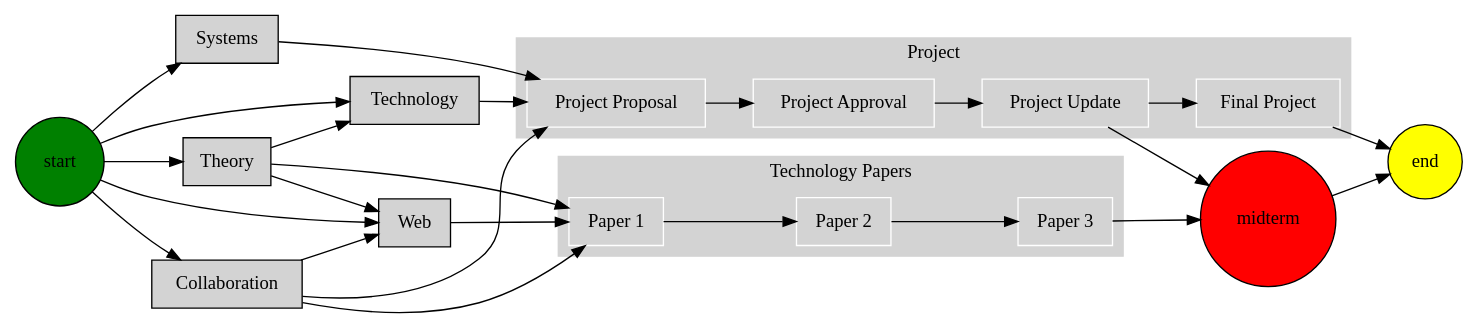
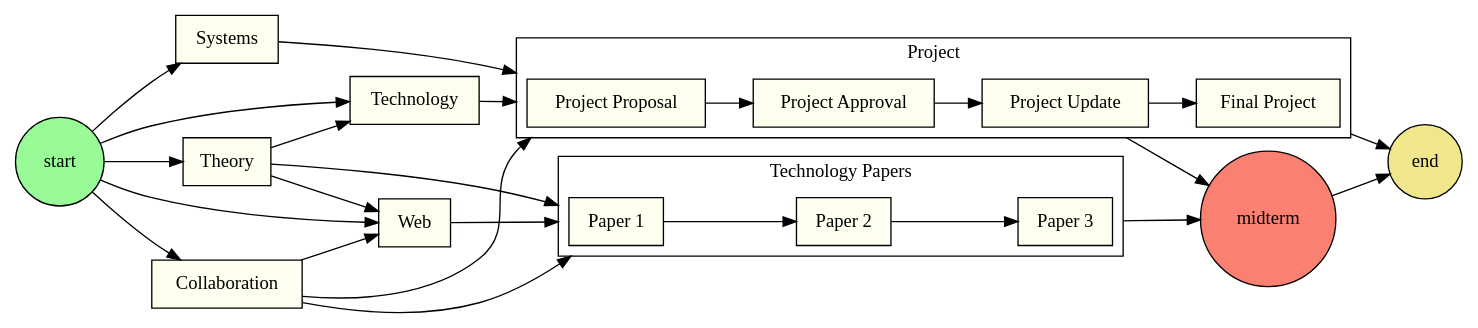
Before and after one commit to cloudmesh/classes: the diagram in docs/source/i524/index.rst, drawn with Graphviz.

Commit message:
chg:dev: tweak graphviz colors and edges

```diff
--- a/docs/source/i524/index.rst
+++ b/docs/source/i524/index.rst
@@ -16,46 +16,41 @@
 .. graphviz::
 
    digraph class {
       rankdir="LR";
+      compound=true;
       node [shape=box,
             style=filled,
-            fillcolor=lightgrey];
+            fillcolor=ivory];
 
-      subgraph cluster_0 {
-		style=filled;
-		color=lightgrey;
-		node [style=filled,color=white];
+      subgraph cluster_prj {
 		"Project Proposal" -> "Project Approval" -> "Project Update" -> "Final Project";
 		label = "Project";
 	}
 
-      subgraph cluster_1 {
-		style=filled;
-		color=lightgrey;
-		node [style=filled,color=white];
+      subgraph cluster_ppr {
 		"Paper 1" -> "Paper 2" -> "Paper 3";
 		label = "Technology Papers";
 	}
 
 	
-      "start" [shape=circle,fillcolor=green];
-      "end" [shape=circle,fillcolor=yellow];
-      "midterm" [shape=circle,fillcolor=red];      
+      "start" [shape=circle,fillcolor=palegreen];
+      "end" [shape=circle,fillcolor=khaki];
+      "midterm" [shape=circle,fillcolor=salmon];
       
       "start" -> "Technology";
       "start" -> "Collaboration";
       "start" -> "Systems";
       "start" -> "Theory";
-      "start" -> "Web" -> "Paper 1"
-      "Paper 3" -> "midterm"
+      "start" -> "Web" -> "Paper 1" [lhead=cluster_ppr];
+      "Paper 3" -> "midterm" [ltail=cluster_ppr];
       "midterm" -> "end";
-      "Theory" -> "Technology" -> "Project Proposal";
-      "Collaboration" -> "Project Proposal";
-      "Collaboration" -> "Paper 1";
+      "Theory" -> "Technology" -> "Project Proposal" [lhead=cluster_prj];
+      "Collaboration" -> "Project Proposal" [lhead=cluster_prj];
+      "Collaboration" -> "Paper 1" [lhead=cluster_ppr];
       "Collaboration" -> "Web";
-      "Systems" -> "Project Proposal";
+      "Systems" -> "Project Proposal" [lhead=cluster_prj];
       "Theory" -> "Web";
-      "Theory" -> "Paper 1";
-      "Project Update" -> "midterm";
-      "Final Project" -> "end" [ltail=cluster_0];
+      "Theory" -> "Paper 1" [lhead=cluster_ppr];
+      "Project Update" -> "midterm" [ltail=cluster_prj];
+      "Final Project" -> "end" [ltail=cluster_prj];
    }
```
